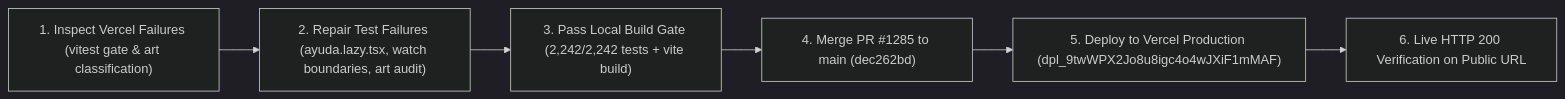
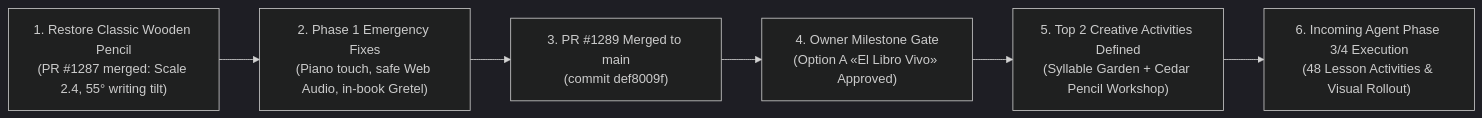
One commit to ejnburrows-rgb/cartilla-de-gretel changed the second of 2 diagrams in docs/OWNER-VISUAL-STATUS.md. Above: the diagram before and after it, drawn with Mermaid (dark theme). The commit also changed other lines of this file and 3 other files, not shown here.

Commit message:
docs: record owner approval of Option A (El Libro Vivo) and top 2 creative activities paradigm (#1290)

````diff
--- a/docs/OWNER-VISUAL-STATUS.md
+++ b/docs/OWNER-VISUAL-STATUS.md
@@ -34,9 +34,9 @@
 ```mermaid
 flowchart LR
-    AUDIT["1. Inspect Vercel Failures (vitest gate & art classification)"] 
-    --> FIX["2. Repair Test Failures (ayuda.lazy.tsx, watch boundaries, art audit)"]
-    --> GATE["3. Pass Local Build Gate (2,242/2,242 tests + vite build)"]
-    --> MERGE["4. Merge PR #1285 to main (dec262bd)"]
-    --> DEPLOY["5. Deploy to Vercel Production (dpl_9twWPX2Jo8u8igc4o4wJXiF1mMAF)"]
-    --> VERIFY["6. Live HTTP 200 Verification on Public URL"]
+    PENCIL["1. Restore Classic Wooden Pencil<br/>(PR #1287 merged: Scale 2.4, 55° writing tilt)"] 
+    --> REPAIRS["2. Phase 1 Emergency Fixes<br/>(Piano touch, safe Web Audio, in-book Gretel)"]
+    --> MERGE1["3. PR #1289 Merged to main<br/>(commit def8009f)"]
+    --> DECISION["4. Owner Milestone Gate<br/>(Option A «El Libro Vivo» Approved)"]
+    --> ACTIVITIES["5. Top 2 Creative Activities Defined<br/>(Syllable Garden + Cedar Pencil Workshop)"]
+    --> NEXT["6. Incoming Agent Phase 3/4 Execution<br/>(48 Lesson Activities & Visual Rollout)"]
 ```
````
